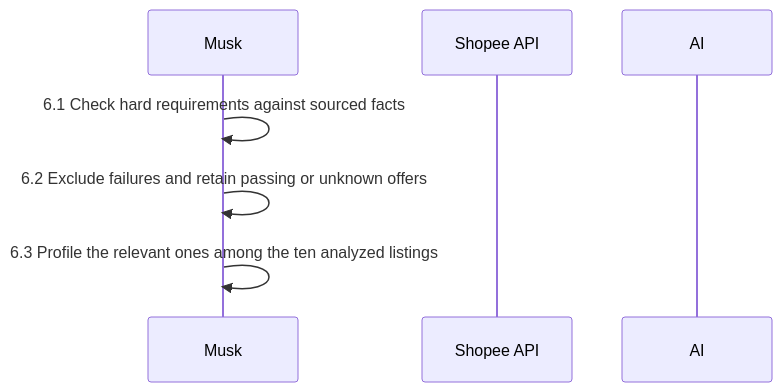
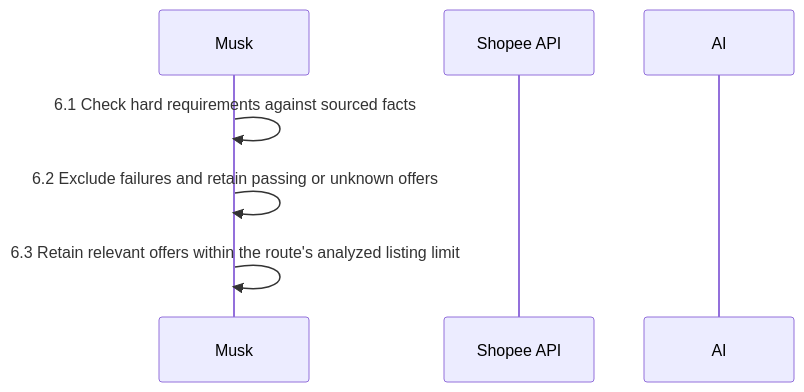
Before and after one commit to hqdung99/elon-musk-hackathon: the eighth of 12 diagrams in sources/musk/specs/plan.md, drawn with Mermaid. The commit also changed other lines of this file and 25 other files, not shown here.

````diff
--- a/sources/musk/specs/plan.md
+++ b/sources/musk/specs/plan.md
@@ -382,9 +467,9 @@
 ```mermaid
 sequenceDiagram
     participant M as Musk
     participant S as Shopee API
     participant A as AI
     M->>M: 6.1 Check hard requirements against sourced facts
     M->>M: 6.2 Exclude failures and retain passing or unknown offers
-    M->>M: 6.3 Profile the relevant ones among the ten analyzed listings
+    M->>M: 6.3 Retain relevant offers within the route's analyzed listing limit
 ```
````
